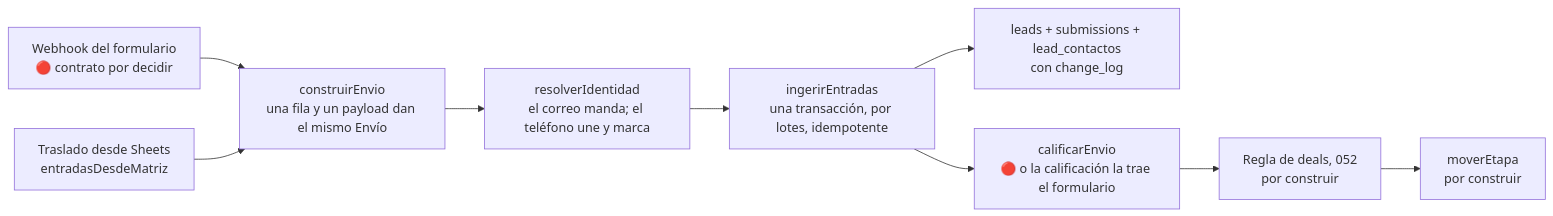
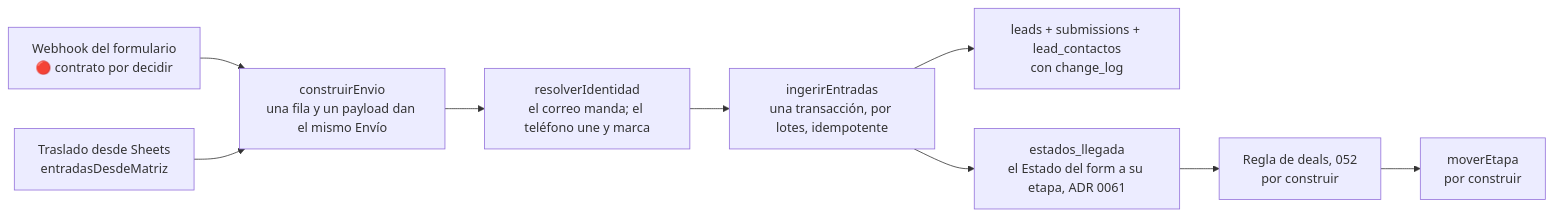
Before and after one commit to Retia-Agencia/retia-metrics: the ninth of 9 diagrams in docs/structure.md, drawn with Mermaid. The commit also changed other lines of this file and 51 other files, not shown here.

````diff
--- a/docs/structure.md
+++ b/docs/structure.md
@@ -393,11 +407,11 @@
 ```mermaid
 flowchart LR
   WH["Webhook del formulario<br/>🔴 contrato por decidir"] --> CE
   SH["Traslado desde Sheets<br/>entradasDesdeMatriz"] --> CE
   CE["construirEnvio<br/>una fila y un payload dan el mismo Envío"] --> ID["resolverIdentidad<br/>el correo manda; el teléfono une y marca"]
   ID --> ING["ingerirEntradas<br/>una transacción, por lotes, idempotente"]
   ING --> W1["leads + submissions + lead_contactos<br/>con change_log"]
-  ING --> CAL["calificarEnvio<br/>🔴 o la calificación la trae el formulario"]
+  ING --> CAL["estados_llegada<br/>el Estado del form a su etapa, ADR 0061"]
   CAL --> REG["Regla de deals, 052<br/>por construir"]
   REG --> MOT["moverEtapa<br/>por construir"]
 ```
````
